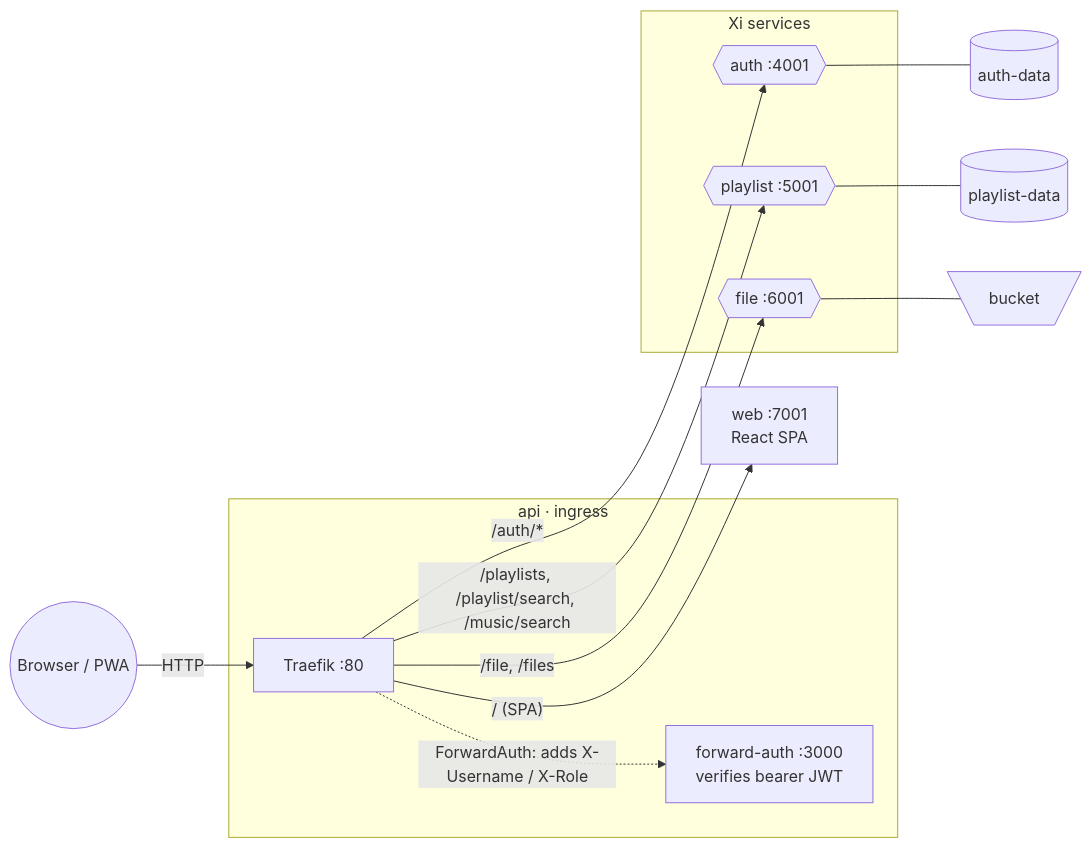
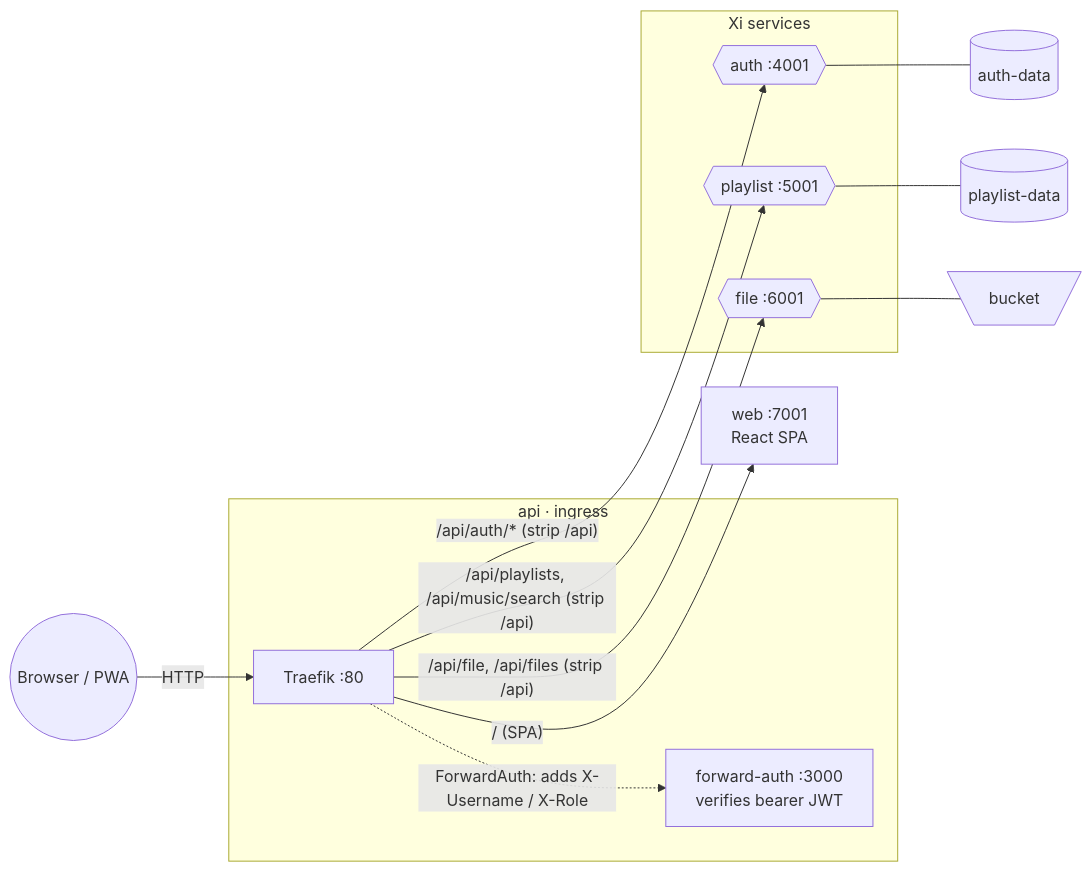
Before and after one commit to code-by-sia/eXstream: the diagram in README.md, drawn with Mermaid. The commit also changed other lines of this file and 9 other files, not shown here.

````diff
--- a/README.md
+++ b/README.md
@@ -9,32 +9,32 @@
 ```mermaid
 flowchart LR
     Browser(("Browser / PWA"))
 
     subgraph ingress["api · ingress"]
         Traefik["Traefik :80"]
         ForwardAuth["forward-auth :3000<br/>verifies bearer JWT"]
     end
 
     subgraph services["Xi services"]
         Auth{{"auth :4001"}}
         Playlist{{"playlist :5001"}}
         File{{"file :6001"}}
     end
 
     Web["web :7001<br/>React SPA"]
 
     AuthData[("auth-data")]
     PlaylistData[("playlist-data")]
     FileData[\"bucket"/]
 
     Browser -->|"HTTP"| Traefik
     Traefik -->|"/ (SPA)"| Web
-    Traefik -->|"/auth/*"| Auth
-    Traefik -->|"/playlists, /playlist/search, /music/search"| Playlist
-    Traefik -->|"/file, /files"| File
+    Traefik -->|"/api/auth/* (strip /api)"| Auth
+    Traefik -->|"/api/playlists, /api/music/search (strip /api)"| Playlist
+    Traefik -->|"/api/file, /api/files (strip /api)"| File
     Traefik -.->|"ForwardAuth: adds X-Username / X-Role"| ForwardAuth
 
     Auth --- AuthData
     Playlist --- PlaylistData
     File --- FileData
 ```
````
